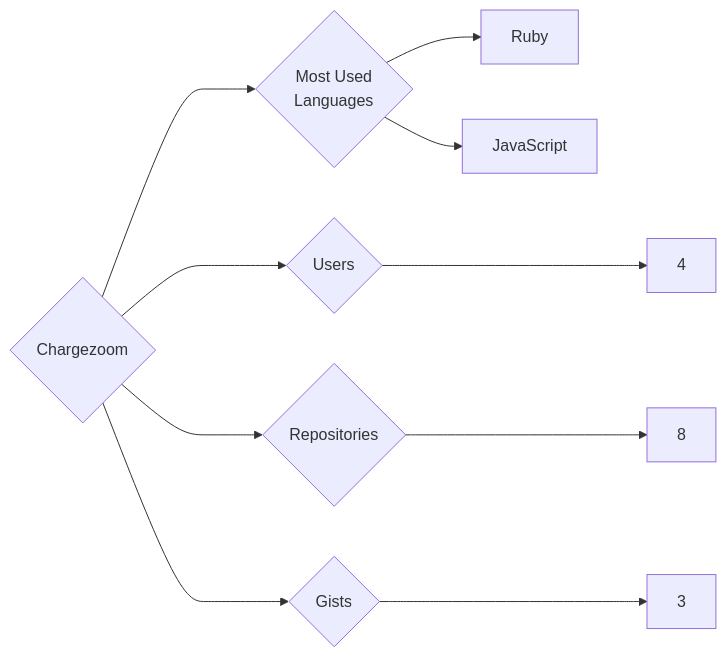
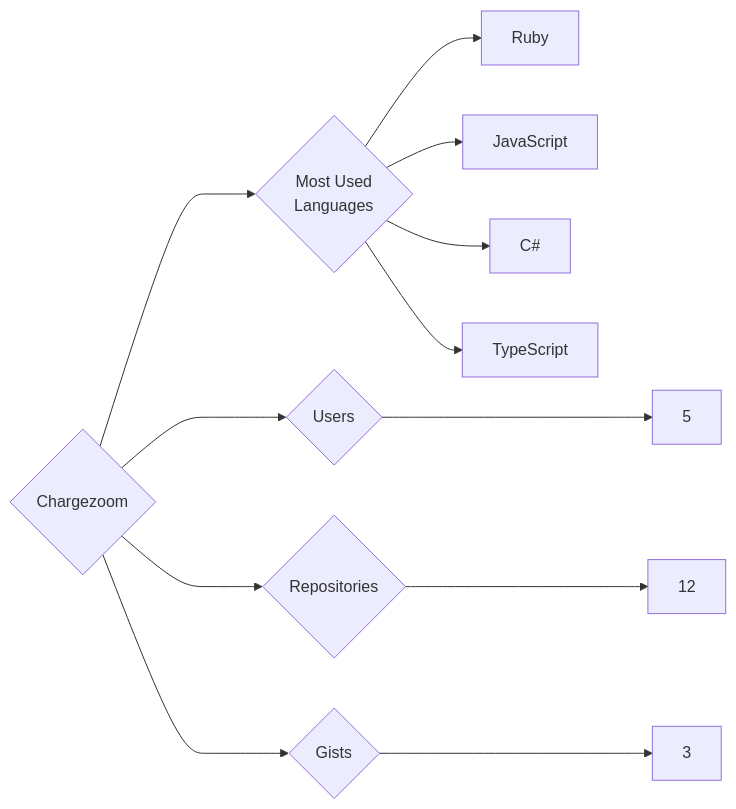
The diagram in targets/Chargezoom/README.md (trickest/insiders), drawn with Mermaid before and after one commit. The commit also changed 1175 other files, not shown here.

````diff
--- a/targets/Chargezoom/README.md
+++ b/targets/Chargezoom/README.md
@@ -3,10 +3,12 @@
 ```mermaid
 graph LR
 COMPANY_NAME{Chargezoom}
-COMPANY_NAME ---> U{Users} ---> UN[4]
-COMPANY_NAME ---> R{Repositories} ---> RN[8]
+COMPANY_NAME ---> U{Users} ---> UN[5]
+COMPANY_NAME ---> R{Repositories} ---> RN[12]
 COMPANY_NAME ---> G{Gists} ---> GN[3]
 COMPANY_NAME ---> ML{Most Used<br>Languages}
 ML --> Ruby[Ruby]
 ML --> JavaScript[JavaScript]
+ML --> C#[C#]
+ML --> TypeScript[TypeScript]
 ```
````
